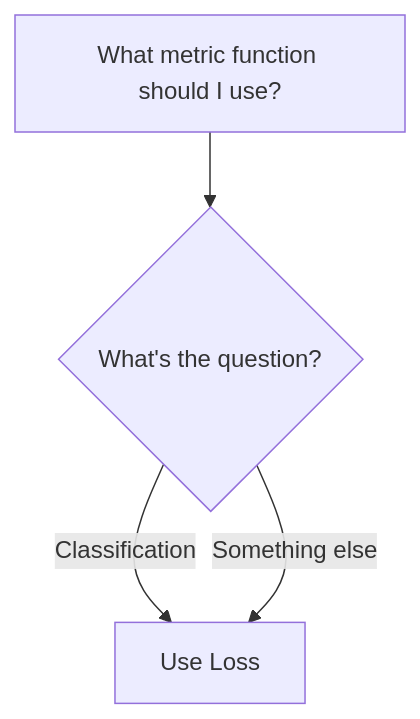
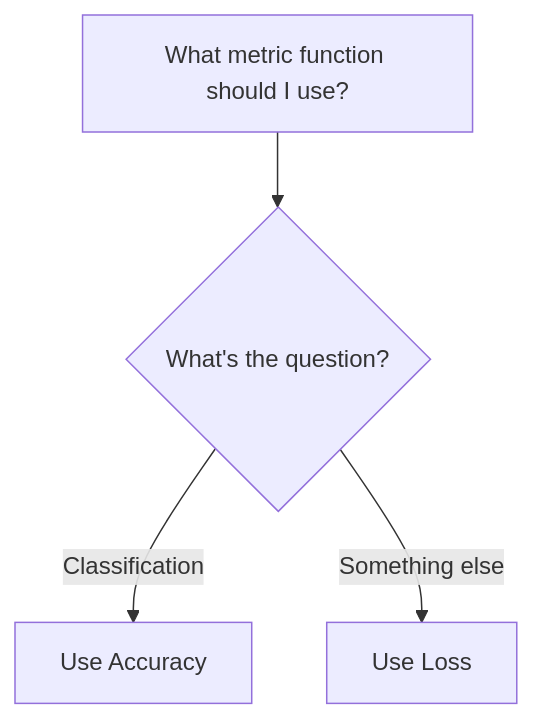
One commit to armakuni/neuralnet-cheat-sheet changed the second of 3 diagrams in README.md. Above: the diagram before and after it, drawn with Mermaid.

Commit message:
fix: Correect middle graph

````diff
--- a/README.md
+++ b/README.md
@@ -22,6 +22,6 @@
 ```mermaid
 graph TD
     A[What metric function should I use?] --> B{"What's the question?"}
     B -->|Classification| C[Use Accuracy]
-    B -->|Something else| C[Use Loss]
+    B -->|Something else| D[Use Loss]
 ```
````
